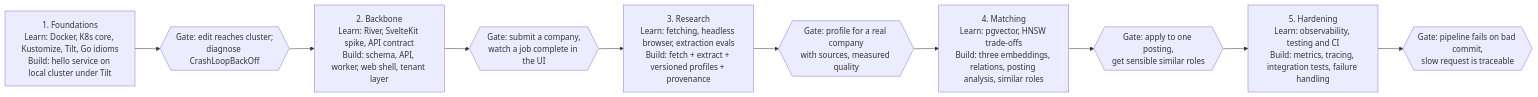
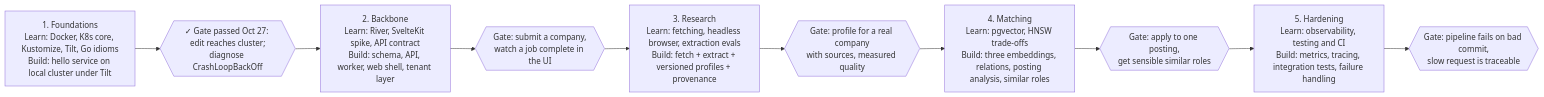
The second of 2 diagrams in docs/architecture-and-learning-plan.md (MwesterlundDev/JSA), drawn with Mermaid before and after one commit. The commit also changed other lines of this file and 5 other files, not shown here.

````diff
--- a/docs/architecture-and-learning-plan.md
+++ b/docs/architecture-and-learning-plan.md
@@ -400,8 +400,8 @@
 ```mermaid
 flowchart LR
-  p1["1. Foundations<br/>Learn: Docker, K8s core, Kustomize, Tilt, Go idioms<br/>Build: hello service on local cluster under Tilt"] --> g1{{"Gate: edit reaches cluster;<br/>diagnose CrashLoopBackOff"}}
+  p1["1. Foundations<br/>Learn: Docker, K8s core, Kustomize, Tilt, Go idioms<br/>Build: hello service on local cluster under Tilt"] --> g1{{"✓ Gate passed Oct 27: edit reaches cluster;<br/>diagnose CrashLoopBackOff"}}
   g1 --> p2["2. Backbone<br/>Learn: River, SvelteKit spike, API contract<br/>Build: schema, API, worker, web shell, tenant layer"] --> g2{{"Gate: submit a company,<br/>watch a job complete in the UI"}}
   g2 --> p3["3. Research<br/>Learn: fetching, headless browser, extraction evals<br/>Build: fetch + extract + versioned profiles + provenance"] --> g3{{"Gate: profile for a real company<br/>with sources, measured quality"}}
   g3 --> p4["4. Matching<br/>Learn: pgvector, HNSW trade-offs<br/>Build: three embeddings, relations, posting analysis, similar roles"] --> g4{{"Gate: apply to one posting,<br/>get sensible similar roles"}}
   g4 --> p5["5. Hardening<br/>Learn: observability, testing and CI<br/>Build: metrics, tracing, integration tests, failure handling"] --> g5{{"Gate: pipeline fails on bad commit,<br/>slow request is traceable"}}
 ```
````
